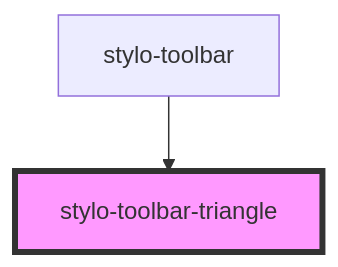
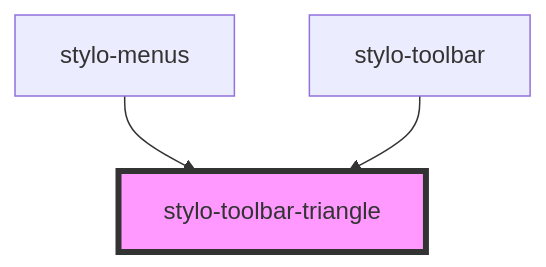
One commit to peterpeterparker/stylo changed the diagram in src/components/toolbar/triangle/readme.md. Above: the diagram before and after it, drawn with Mermaid. The commit also changed other lines of this file and 22 other files, not shown here.

````diff
--- a/src/components/toolbar/triangle/readme.md
+++ b/src/components/toolbar/triangle/readme.md
@@ -19,5 +20,6 @@
 ```mermaid
 graph TD;
+  stylo-menus --> stylo-toolbar-triangle
   stylo-toolbar --> stylo-toolbar-triangle
   style stylo-toolbar-triangle fill:#f9f,stroke:#333,stroke-width:4px
 ```
````
